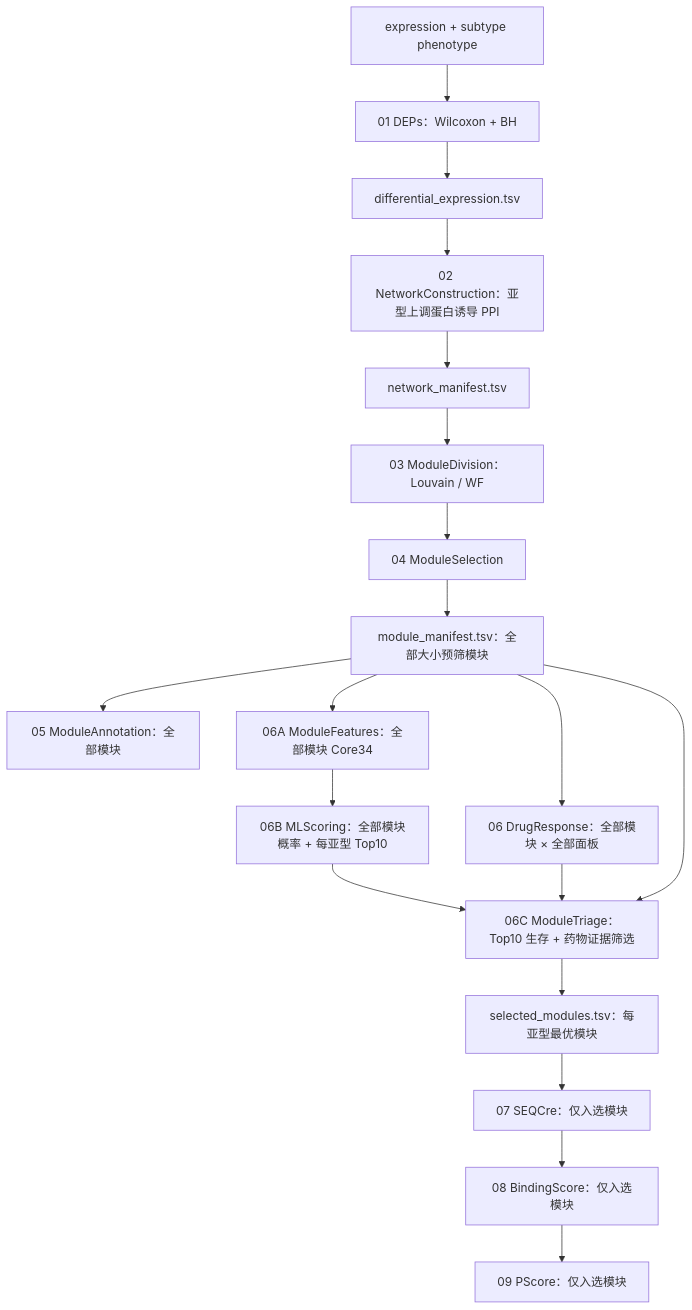
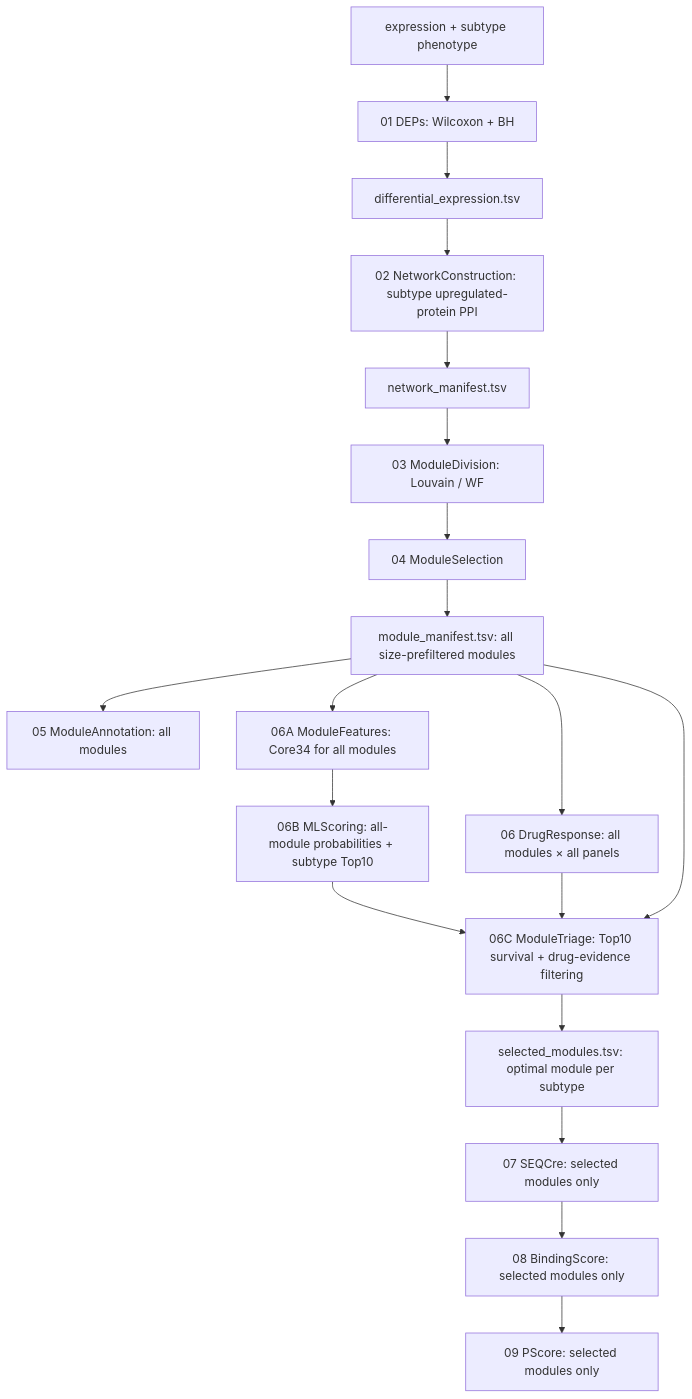
One commit to LilyYNY/ML-SnpDR changed the diagram in README.md. Above: the diagram before and after it, drawn with Mermaid. The commit also changed other lines of this file, not shown here.

````diff
--- a/README.md
+++ b/README.md
@@ -11,21 +11,21 @@
 ```mermaid
 flowchart TD
-    E["expression + subtype phenotype"] --> S1["01 DEPs：Wilcoxon + BH"]
+    E["expression + subtype phenotype"] --> S1["01 DEPs: Wilcoxon + BH"]
     S1 --> D["differential_expression.tsv"]
-    D --> S2["02 NetworkConstruction：亚型上调蛋白诱导 PPI"]
+    D --> S2["02 NetworkConstruction: subtype upregulated-protein PPI"]
     S2 --> N["network_manifest.tsv"]
-    N --> S3["03 ModuleDivision：Louvain / WF"]
+    N --> S3["03 ModuleDivision: Louvain / WF"]
     S3 --> S4["04 ModuleSelection"]
-    S4 --> M["module_manifest.tsv：全部大小预筛模块"]
-    M --> S5["05 ModuleAnnotation：全部模块"]
-    M --> S6["06 DrugResponse：全部模块 × 全部面板"]
-    M --> S6A["06A ModuleFeatures：全部模块 Core34"]
-    S6A --> S6B["06B MLScoring：全部模块概率 + 每亚型 Top10"]
-    S6B --> S6C["06C ModuleTriage：Top10 生存 + 药物证据筛选"]
+    S4 --> M["module_manifest.tsv: all size-prefiltered modules"]
+    M --> S5["05 ModuleAnnotation: all modules"]
+    M --> S6["06 DrugResponse: all modules × all panels"]
+    M --> S6A["06A ModuleFeatures: Core34 for all modules"]
+    S6A --> S6B["06B MLScoring: all-module probabilities + subtype Top10"]
+    S6B --> S6C["06C ModuleTriage: Top10 survival + drug-evidence filtering"]
     S6 --> S6C
     M --> S6C
-    S6C --> SEL["selected_modules.tsv：每亚型最优模块"]
-    SEL --> S7["07 SEQCre：仅入选模块"]
-    S7 --> S8["08 BindingScore：仅入选模块"]
-    S8 --> S9["09 PScore：仅入选模块"]
+    S6C --> SEL["selected_modules.tsv: optimal module per subtype"]
+    SEL --> S7["07 SEQCre: selected modules only"]
+    S7 --> S8["08 BindingScore: selected modules only"]
+    S8 --> S9["09 PScore: selected modules only"]
 ```
````
